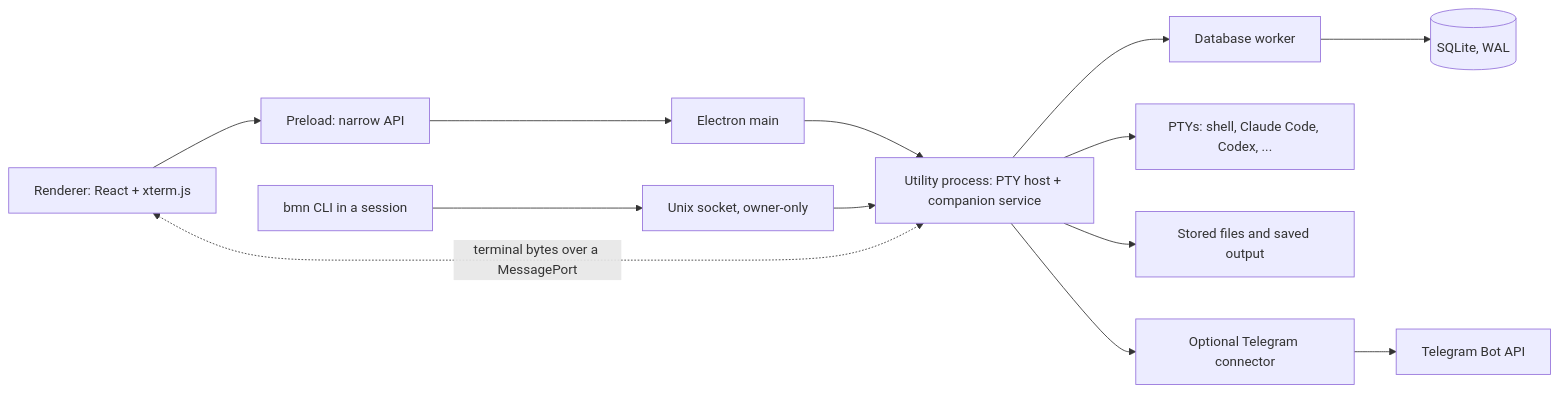
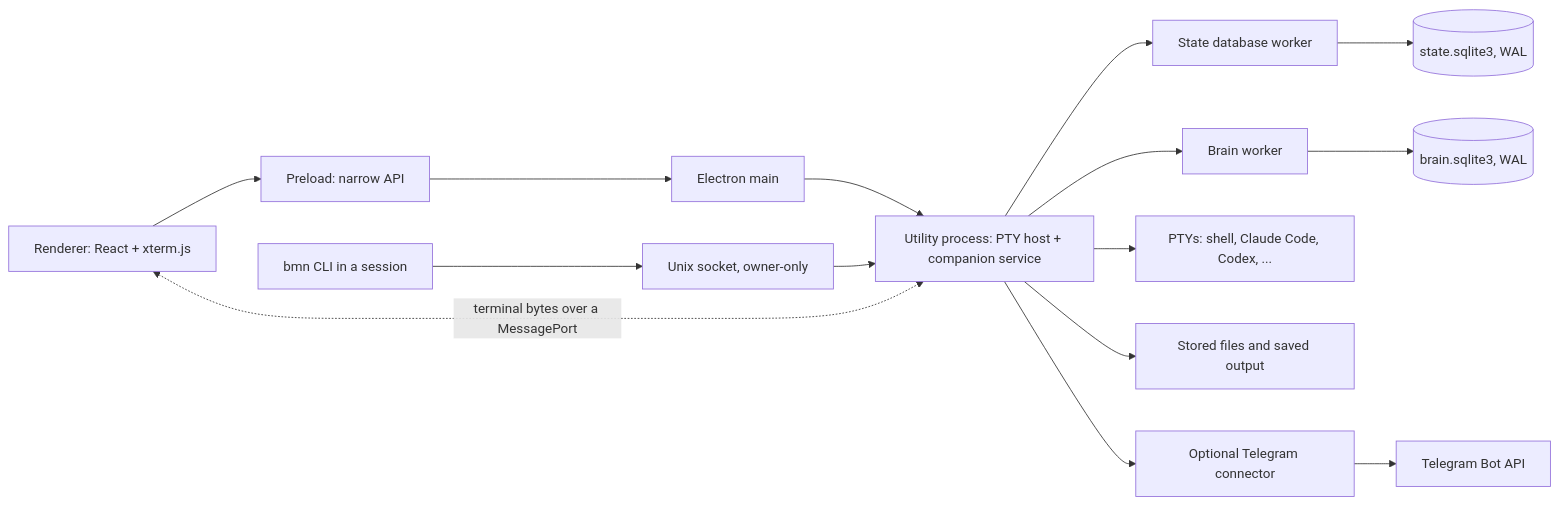
The diagram in docs/architecture.md (forever-Agriculture/BMN), drawn with Mermaid before and after one commit. The commit also changed other lines of this file and 142 other files, not shown here.

````diff
--- a/docs/architecture.md
+++ b/docs/architecture.md
@@ -9,13 +9,15 @@
 ```mermaid
 flowchart LR
   R[Renderer: React + xterm.js] --> P[Preload: narrow API]
   P --> M[Electron main]
   M --> U[Utility process: PTY host + companion service]
-  U --> W[Database worker]
-  W --> SQL[(SQLite, WAL)]
+  U --> W[State database worker]
+  W --> SQL[(state.sqlite3, WAL)]
+  U --> BW[Brain worker]
+  BW --> BS[(brain.sqlite3, WAL)]
   U --> PT[PTYs: shell, Claude Code, Codex, ...]
   U --> F[Stored files and saved output]
   C[bmn CLI in a session] --> S[Unix socket, owner-only] --> U
   U --> T[Optional Telegram connector] --> B[Telegram Bot API]
   R <-.terminal bytes over a MessagePort.-> U
 ```
````
